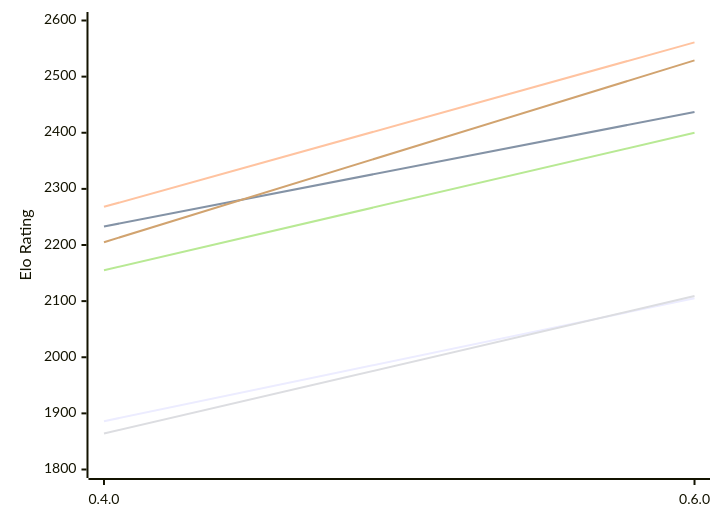
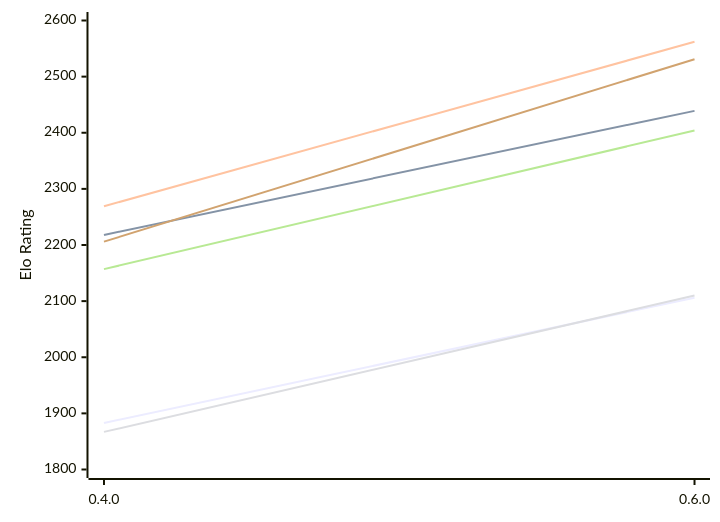
The first of 2 diagrams in engines/Ariadne.md (computer-chess-index/cci), drawn with Mermaid before and after one commit. The commit also changed other lines of this file, not shown here.

Commit message:
Update CCI Ratings (ELO VLTC) - 2026-11-24

````diff
--- a/engines/Ariadne.md
+++ b/engines/Ariadne.md
@@ -50,12 +50,12 @@
 ```mermaid
 %%{init: {"theme":"base","themeVariables":{"seriesColors:['#a3a3a3','#222221','#faa371']}}}%%
 xychart-beta
   x-axis ["0.4.0", "0.6.0"]
   y-axis "Elo Rating" 1800 --> 2600
-  line "E1: STC (8.0+0.08s)" [1886, 2105]
-  line "E1: LTC (60.0+0.60s)" [2233, 2437]
-  line "E1: VLTC (2m24s+1.12s)" [2268, 2561]
-  line "P1: STC (8.0+0.08s)" [1864, 2109]
-  line "P1: LTC (60.0+0.60s)" [2155, 2400]
-  line "P1: VLTC (2m24s+1.12s)" [2205, 2529]
+  line "E1: STC (8.0+0.08s)" [1883, 2106]
+  line "E1: LTC (60.0+0.60s)" [2218, 2439]
+  line "E1: VLTC (2m24s+1.12s)" [2269, 2562]
+  line "P1: STC (8.0+0.08s)" [1867, 2110]
+  line "P1: LTC (60.0+0.60s)" [2157, 2404]
+  line "P1: VLTC (2m24s+1.12s)" [2206, 2531]
 ```
````
